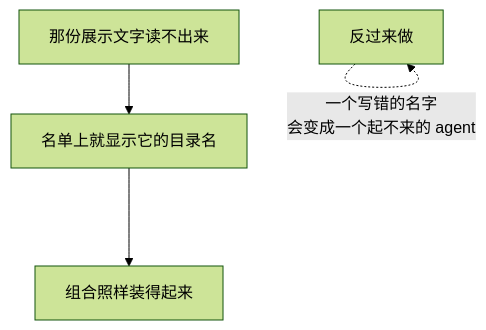
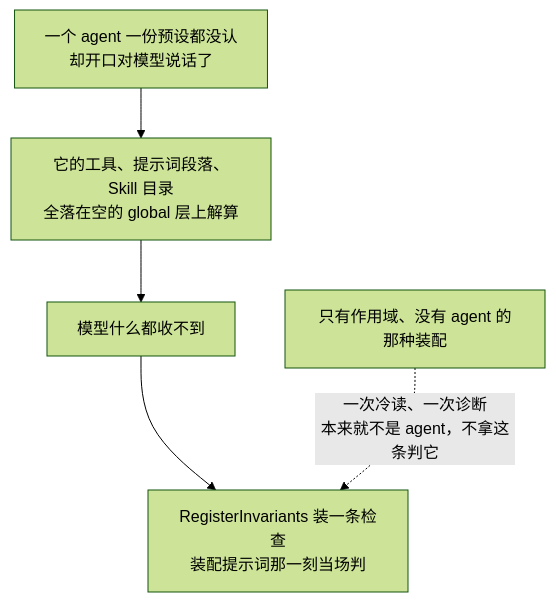
Before and after one commit to snight1983/ds-harness-go: diagram 17 of 25 in docs/modules/presets.md, drawn with Mermaid (forest theme). The commit also changed other lines of this file and 25 other files, not shown here.

````diff
--- a/docs/modules/presets.md
+++ b/docs/modules/presets.md
@@ -205,6 +310,7 @@
 ```mermaid
 flowchart TD
-    A["那份展示文字读不出来"] --> B["名单上就显示它的目录名"]
-    B --> C["组合照样装得起来"]
-    D["反过来做"] -.->|"一个写错的名字<br/>会变成一个起不来的 agent"| D
+    A["一个 agent 一份预设都没认<br/>却开口对模型说话了"] --> B["它的工具、提示词段落、Skill 目录<br/>全落在空的 global 层上解算"]
+    B --> C["模型什么都收不到"]
+    C --> D["RegisterInvariants 装一条检查<br/>装配提示词那一刻当场判"]
+    E["只有作用域、没有 agent 的那种装配"] -.->|"一次冷读、一次诊断<br/>本来就不是 agent，不拿这条判它"| D
 ```
````
